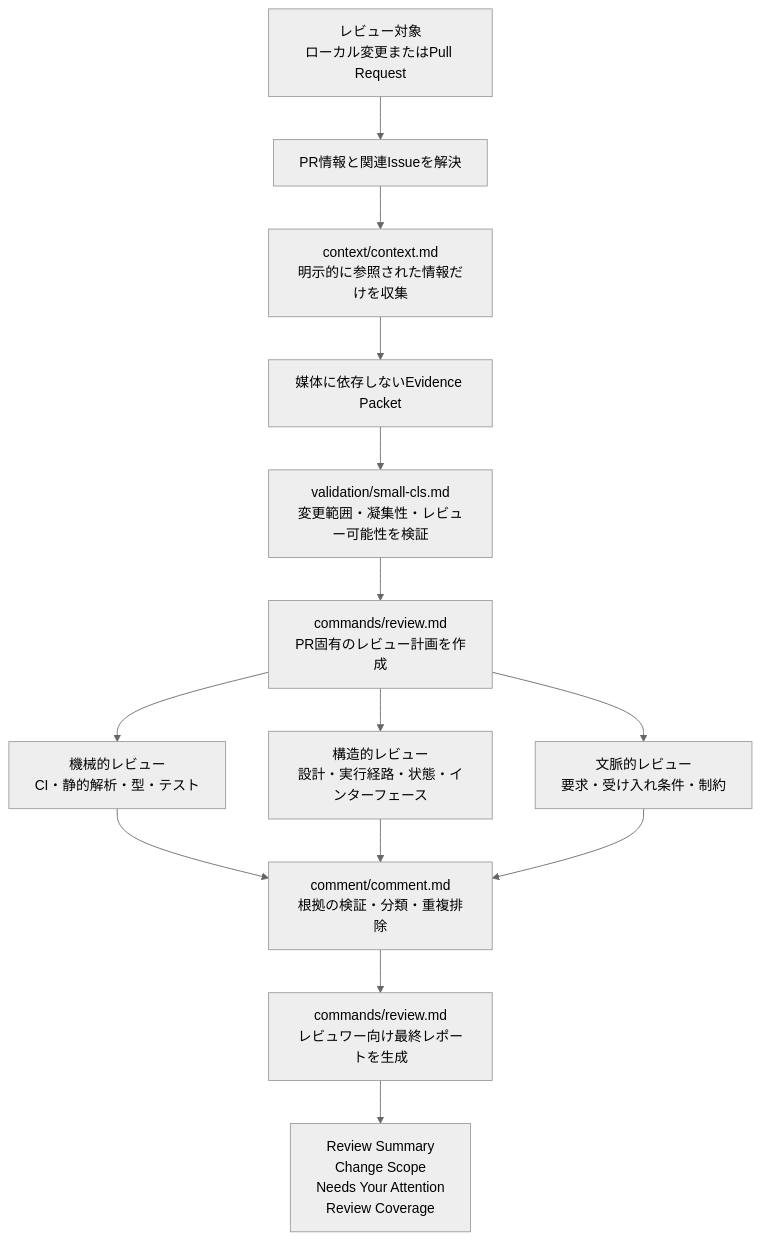
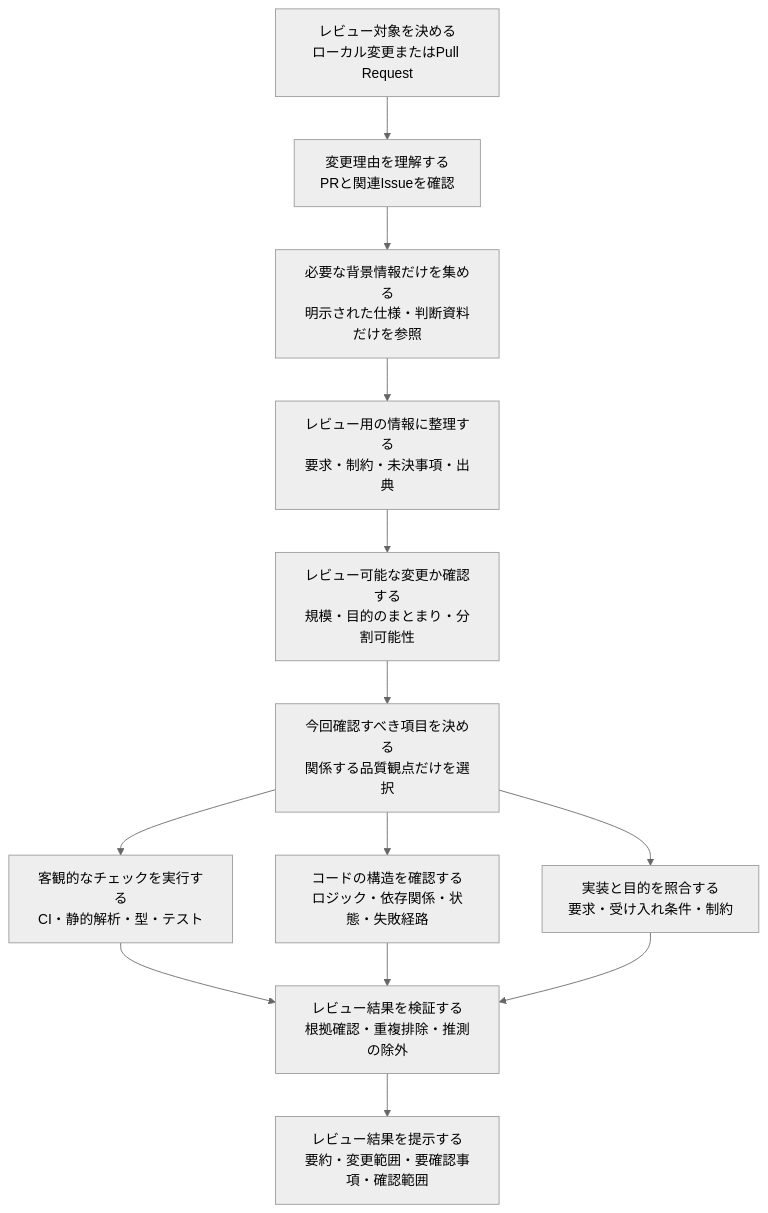
The diagram in README.ja.md (takuto-san/review), drawn with Mermaid (neutral theme) before and after one commit. The commit also changed 2 other files, not shown here.

Commit message:
docs: clarify review workflow diagrams

````diff
--- a/README.ja.md
+++ b/README.ja.md
@@ -17,19 +17,17 @@
 ```mermaid
 flowchart TD
-    A[レビュー対象<br/>ローカル変更またはPull Request] --> B[PR情報と関連Issueを解決]
-    B --> C[context/context.md<br/>明示的に参照された情報だけを収集]
-    C --> D[媒体に依存しないEvidence Packet]
-    D --> E[validation/small-cls.md<br/>変更範囲・凝集性・レビュー可能性を検証]
-    E --> F[commands/review.md<br/>PR固有のレビュー計画を作成]
+    A[レビュー対象を決める<br/>ローカル変更またはPull Request] --> B[変更理由を理解する<br/>PRと関連Issueを確認]
+    B --> C[必要な背景情報だけを集める<br/>明示された仕様・判断資料だけを参照]
+    C --> D[レビュー用の情報に整理する<br/>要求・制約・未決事項・出典]
+    D --> E[レビュー可能な変更か確認する<br/>規模・目的のまとまり・分割可能性]
+    E --> F[今回確認すべき項目を決める<br/>関係する品質観点だけを選択]
 
-    F --> G1[機械的レビュー<br/>CI・静的解析・型・テスト]
-    F --> G2[構造的レビュー<br/>設計・実行経路・状態・インターフェース]
-    F --> G3[文脈的レビュー<br/>要求・受け入れ条件・制約]
+    F --> G1[客観的なチェックを実行する<br/>CI・静的解析・型・テスト]
+    F --> G2[コードの構造を確認する<br/>ロジック・依存関係・状態・失敗経路]
+    F --> G3[実装と目的を照合する<br/>要求・受け入れ条件・制約]
 
-    G1 --> H[comment/comment.md<br/>根拠の検証・分類・重複排除]
+    G1 --> H[レビュー結果を検証する<br/>根拠確認・重複排除・推測の除外]
     G2 --> H
     G3 --> H
-
-    H --> I[commands/review.md<br/>レビュワー向け最終レポートを生成]
-    I --> J[Review Summary<br/>Change Scope<br/>Needs Your Attention<br/>Review Coverage]
+    H --> I[レビュー結果を提示する<br/>要約・変更範囲・要確認事項・確認範囲]
 ```
````
